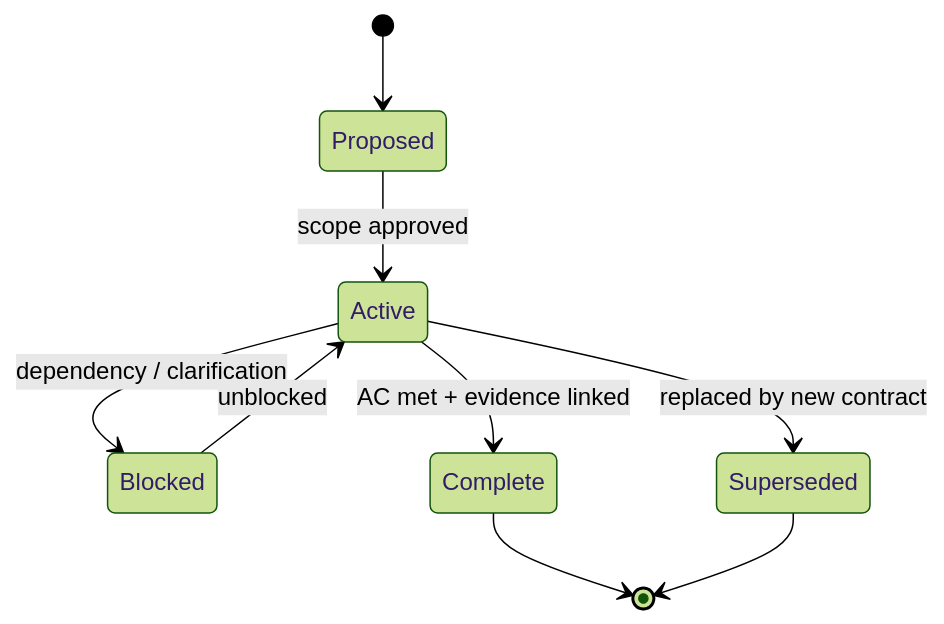
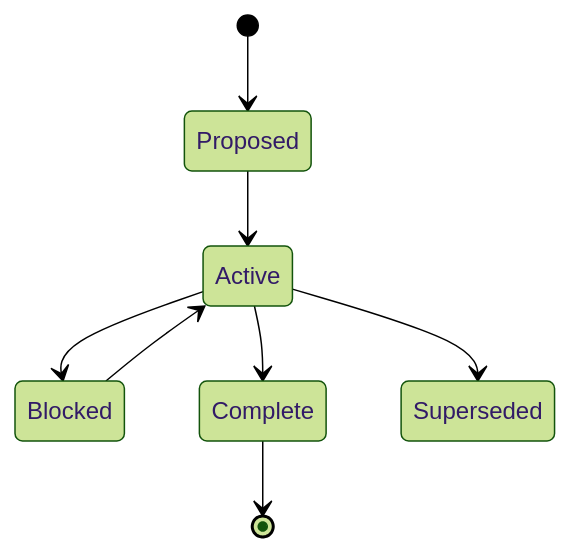
The second of 2 diagrams in .github/templates/CONTRACT-TEMPLATE.md (jnPiyush/AgentX), drawn with Mermaid (forest theme) before and after one commit. The commit also changed other lines of this file and 339 other files, not shown here.

````diff
--- a/.github/templates/CONTRACT-TEMPLATE.md
+++ b/.github/templates/CONTRACT-TEMPLATE.md
@@ -88,11 +63,10 @@
 ```mermaid
 stateDiagram-v2
     [*] --> Proposed
-    Proposed --> Active: scope approved
-    Active --> Blocked: dependency / clarification
-    Blocked --> Active: unblocked
-    Active --> Complete: AC met + evidence linked
-    Active --> Superseded: replaced by new contract
+    Proposed --> Active
+    Active --> Blocked
+    Blocked --> Active
+    Active --> Complete
+    Active --> Superseded
     Complete --> [*]
-    Superseded --> [*]
 ```
````
